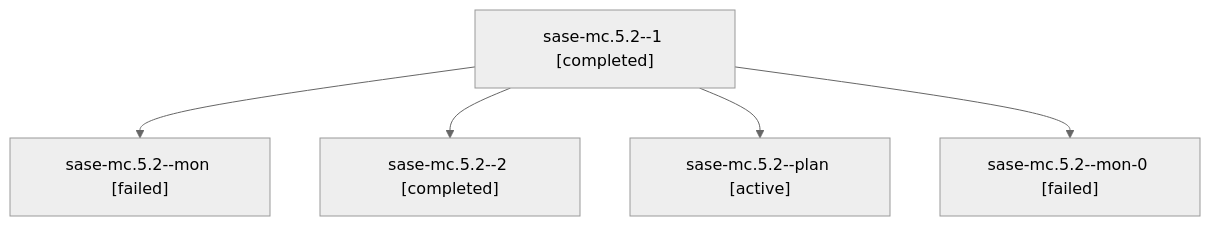
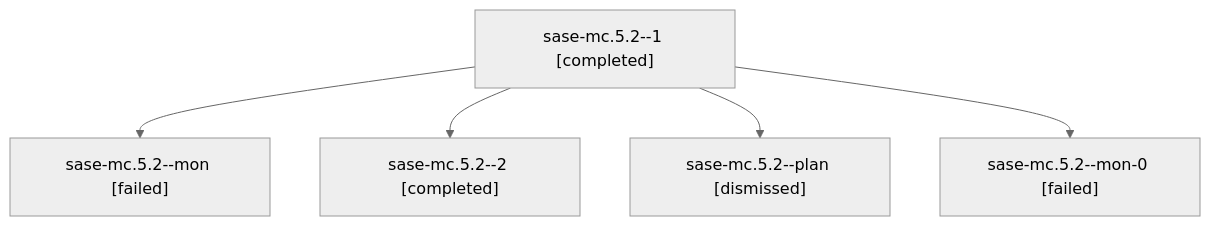
Before and after one commit to sase-org/sase--agents: the diagram in sessions/bbugyi200.athena.sase-mc.5.2.md, drawn with Mermaid (neutral theme). The commit also changed other lines of this file and 218 other files, not shown here.

````diff
--- a/sessions/bbugyi200.athena.sase-mc.5.2.md
+++ b/sessions/bbugyi200.athena.sase-mc.5.2.md
@@ -9,12 +9,12 @@
 ```mermaid
 flowchart TD
   n0["sase-mc.5.2--1 [completed]"]
   n1["sase-mc.5.2--mon [failed]"]
   n0 --> n1
   n2["sase-mc.5.2--2 [completed]"]
   n0 --> n2
-  n3["sase-mc.5.2--plan [active]"]
+  n3["sase-mc.5.2--plan [dismissed]"]
   n0 --> n3
   n4["sase-mc.5.2--mon-0 [failed]"]
   n0 --> n4
 ```
````
